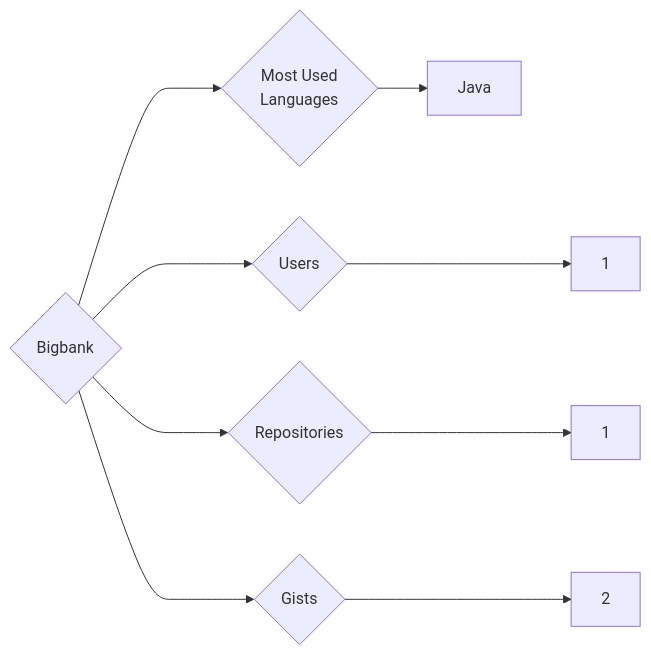
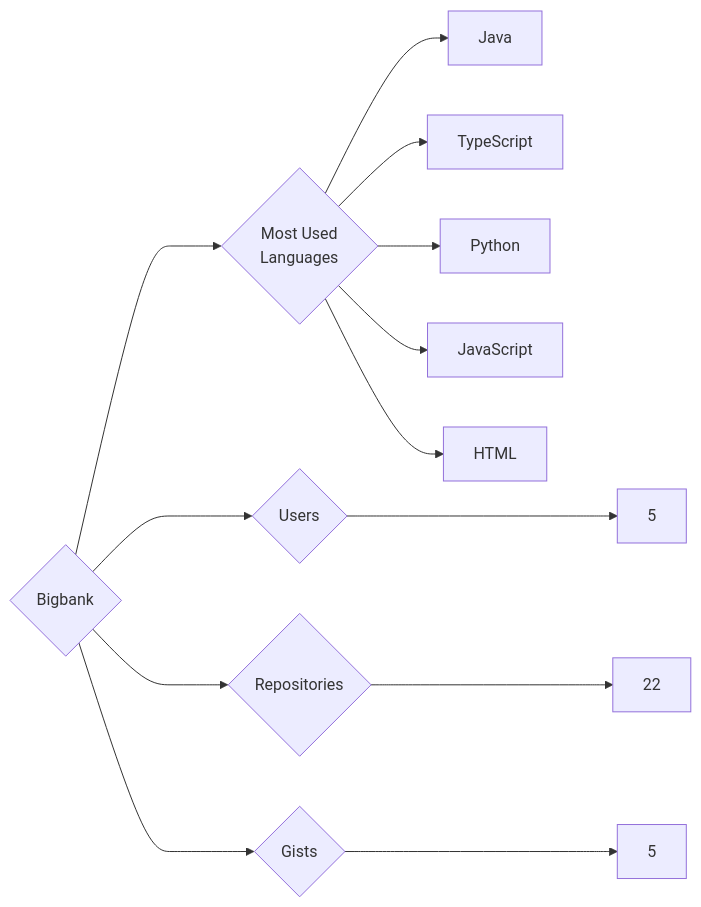
Before and after one commit to trickest/insiders: the diagram in targets/Bigbank/README.md, drawn with Mermaid. The commit also changed 1212 other files, not shown here.

````diff
--- a/targets/Bigbank/README.md
+++ b/targets/Bigbank/README.md
@@ -3,9 +3,13 @@
 ```mermaid
 graph LR
 COMPANY_NAME{Bigbank}
-COMPANY_NAME ---> U{Users} ---> UN[1]
-COMPANY_NAME ---> R{Repositories} ---> RN[1]
-COMPANY_NAME ---> G{Gists} ---> GN[2]
+COMPANY_NAME ---> U{Users} ---> UN[5]
+COMPANY_NAME ---> R{Repositories} ---> RN[22]
+COMPANY_NAME ---> G{Gists} ---> GN[5]
 COMPANY_NAME ---> ML{Most Used<br>Languages}
 ML --> Java[Java]
+ML --> TypeScript[TypeScript]
+ML --> Python[Python]
+ML --> JavaScript[JavaScript]
+ML --> HTML[HTML]
 ```
````
